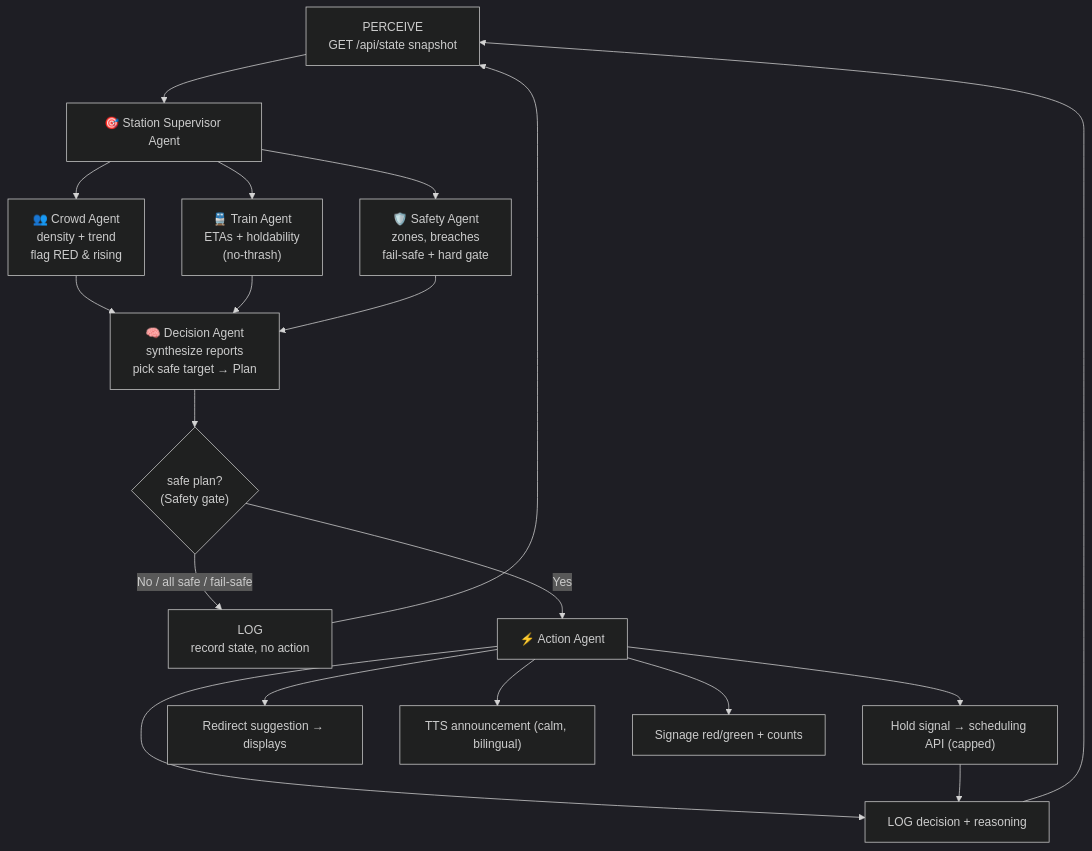
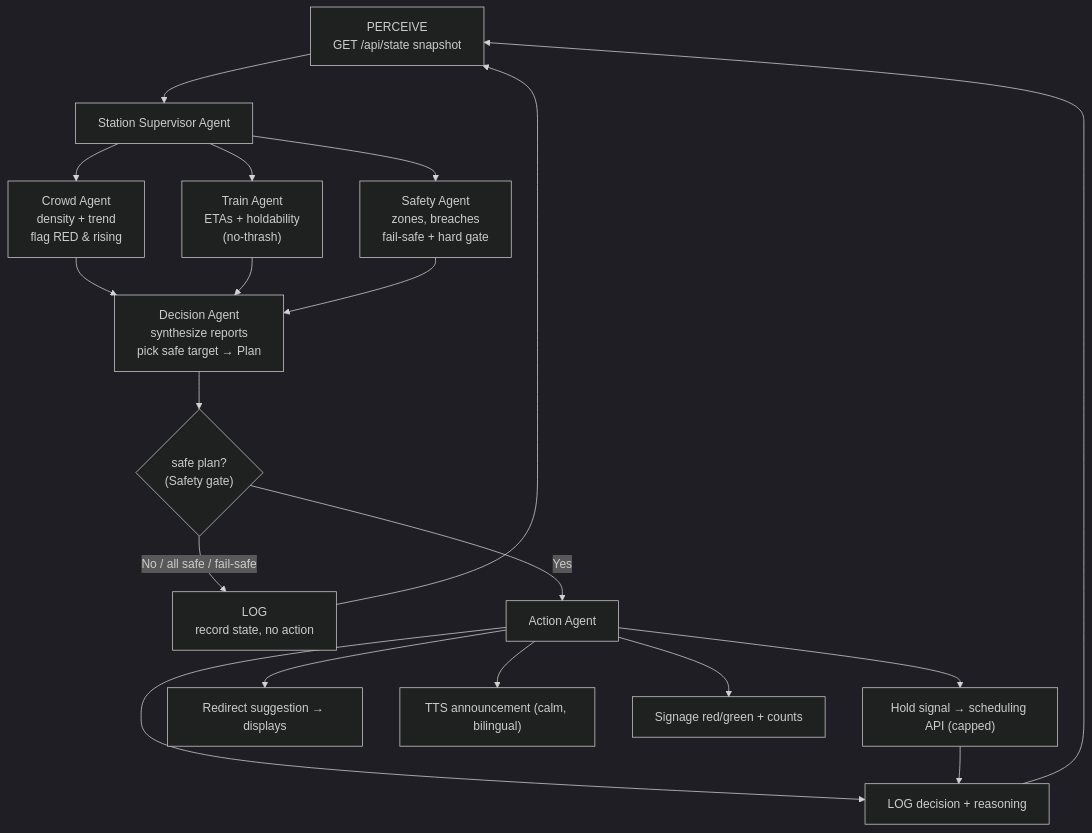
One commit to HarshdeepAthawale/Autonomous-Platform-Crowd-Balancing-Agent changed the first of 3 diagrams in AppFlow.md. Above: the diagram before and after it, drawn with Mermaid (dark theme). The commit also changed 3 other files, not shown here.

````diff
--- a/AppFlow.md
+++ b/AppFlow.md
@@ -45,21 +45,21 @@
 ```mermaid
 flowchart TD
-    P["PERCEIVE<br/>GET /api/state snapshot"] --> SUP["🎯 Station Supervisor Agent"]
-    SUP --> CR["👥 Crowd Agent<br/>density + trend<br/>flag RED &amp; rising"]
-    SUP --> TR["🚆 Train Agent<br/>ETAs + holdability<br/>(no-thrash)"]
-    SUP --> SA["🛡️ Safety Agent<br/>zones, breaches<br/>fail-safe + hard gate"]
-    CR --> DEC["🧠 Decision Agent<br/>synthesize reports<br/>pick safe target → Plan"]
+    P["PERCEIVE<br/>GET /api/state snapshot"] --> SUP["Station Supervisor Agent"]
+    SUP --> CR["Crowd Agent<br/>density + trend<br/>flag RED &amp; rising"]
+    SUP --> TR["Train Agent<br/>ETAs + holdability<br/>(no-thrash)"]
+    SUP --> SA["Safety Agent<br/>zones, breaches<br/>fail-safe + hard gate"]
+    CR --> DEC["Decision Agent<br/>synthesize reports<br/>pick safe target → Plan"]
     TR --> DEC
     SA --> DEC
     DEC --> CHK{"safe plan?<br/>(Safety gate)"}
     CHK -- No / all safe / fail-safe --> L["LOG<br/>record state, no action"]
-    CHK -- Yes --> ACT["⚡ Action Agent"]
+    CHK -- Yes --> ACT["Action Agent"]
     ACT --> G1["Hold signal → scheduling API (capped)"]
     ACT --> G2["Redirect suggestion → displays"]
     ACT --> G3["TTS announcement (calm, bilingual)"]
     ACT --> G4["Signage red/green + counts"]
     ACT --> L2["LOG decision + reasoning"]
     G1 --> L2
     L2 --> P
     L --> P
 ```
````
